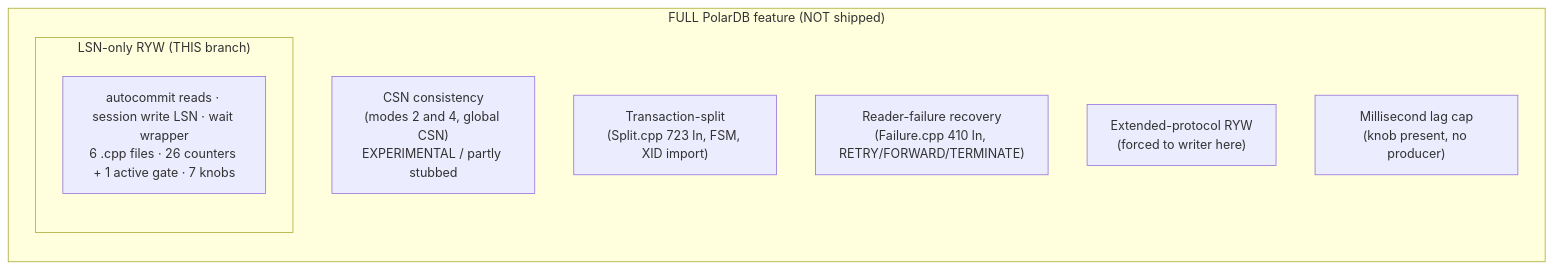
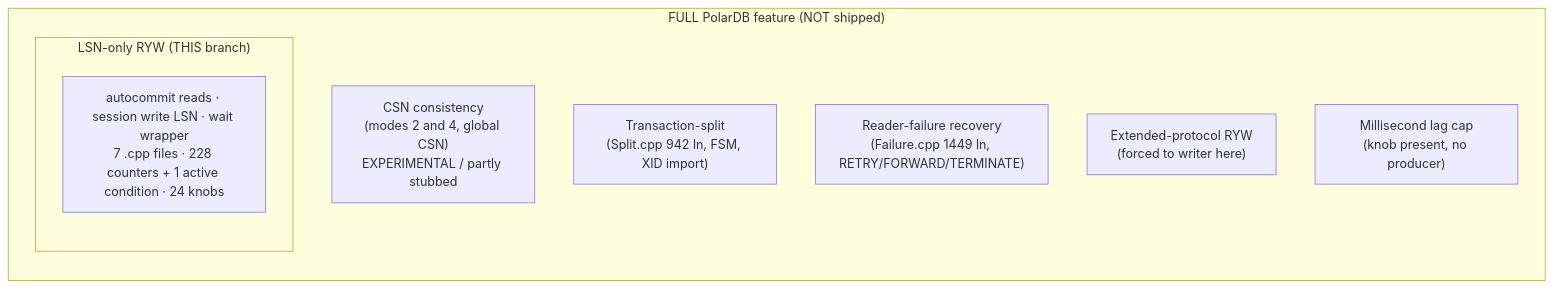
One commit to awide-labs/polar-proxy changed the first of 3 diagrams in doc/polardb-arch/15-LIMITATIONS-AND-ROADMAP.md. Above: the diagram before and after it, drawn with Mermaid. The commit also changed other lines of this file and 21 other files, not shown here.

````diff
--- a/doc/polardb-arch/15-LIMITATIONS-AND-ROADMAP.md
+++ b/doc/polardb-arch/15-LIMITATIONS-AND-ROADMAP.md
@@ -463,15 +464,15 @@
 ```mermaid
 flowchart TB
   subgraph FULL["FULL PolarDB feature (NOT shipped)"]
     direction TB
     CSN["CSN consistency<br/>(modes 2 and 4, global CSN)<br/>EXPERIMENTAL / partly stubbed"]
-    SPLIT["Transaction-split<br/>(Split.cpp 723 ln, FSM, XID import)"]
-    FAIL["Reader-failure recovery<br/>(Failure.cpp 410 ln, RETRY/FORWARD/TERMINATE)"]
+    SPLIT["Transaction-split<br/>(Split.cpp 942 ln, FSM, XID import)"]
+    FAIL["Reader-failure recovery<br/>(Failure.cpp 1449 ln, RETRY/FORWARD/TERMINATE)"]
     EXT["Extended-protocol RYW<br/>(forced to writer here)"]
     MS["Millisecond lag cap<br/>(knob present, no producer)"]
     subgraph V1["LSN-only RYW (THIS branch)"]
       direction TB
-      CORE["autocommit reads · session write LSN · wait wrapper<br/>6 .cpp files · 26 counters + 1 active gate · 7 knobs"]
+      CORE["autocommit reads · session write LSN · wait wrapper<br/>7 .cpp files · 228 counters + 1 active condition · 24 knobs"]
     end
   end
 ```
````
